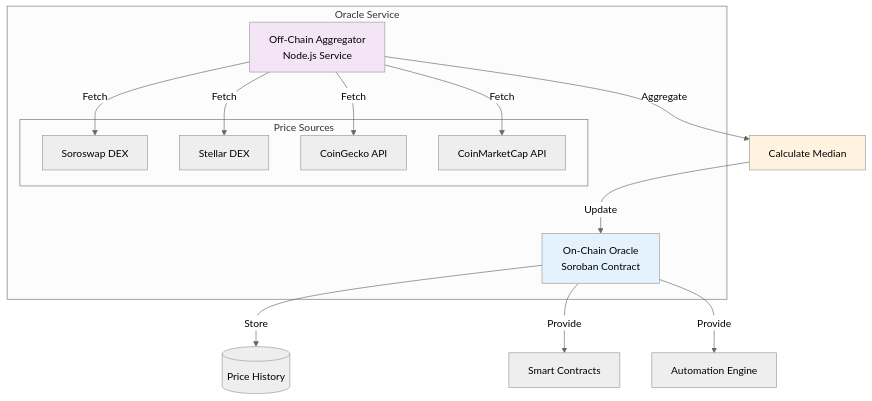
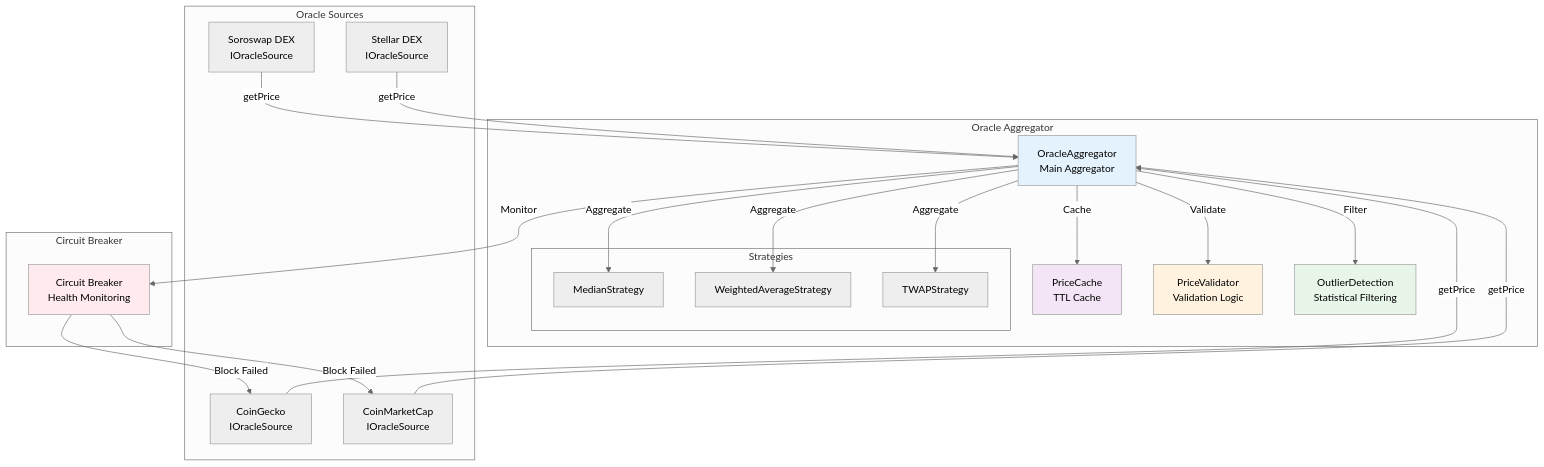
One commit to Galaxy-KJ/Galaxy-DevKit changed diagram 12 of 26 in docs/ARCHITECTURE.md. Above: the diagram before and after it, drawn with Mermaid (neutral theme). The commit also changed other lines of this file and 33 other files, not shown here.

First line of the commit message:
feat: enhance Oracle System documentation and roadmap

````diff
--- a/docs/ARCHITECTURE.md
+++ b/docs/ARCHITECTURE.md
@@ -655,30 +655,49 @@
 ```mermaid
 graph TB
-    subgraph "Oracle Service"
-        OC[On-Chain Oracle<br/>Soroban Contract]
-        OA[Off-Chain Aggregator<br/>Node.js Service]
-
-        subgraph "Price Sources"
-            Soroswap[Soroswap DEX]
-            SDEX[Stellar DEX]
-            CG[CoinGecko API]
-            CMC[CoinMarketCap API]
+    subgraph "Oracle Aggregator"
+        OA[OracleAggregator<br/>Main Aggregator]
+        Cache[PriceCache<br/>TTL Cache]
+        Validator[PriceValidator<br/>Validation Logic]
+        Outlier[OutlierDetection<br/>Statistical Filtering]
+        
+        subgraph "Strategies"
+            Median[MedianStrategy]
+            Weighted[WeightedAverageStrategy]
+            TWAP[TWAPStrategy]
         end
     end
 
-    OA -->|Fetch| Soroswap
-    OA -->|Fetch| SDEX
-    OA -->|Fetch| CG
-    OA -->|Fetch| CMC
+    subgraph "Oracle Sources"
+        CG[CoinGecko<br/>IOracleSource]
+        CMC[CoinMarketCap<br/>IOracleSource]
+        Soroswap[Soroswap DEX<br/>IOracleSource]
+        SDEX[Stellar DEX<br/>IOracleSource]
+    end
 
-    OA -->|Aggregate| Med[Calculate Median]
-    Med -->|Update| OC
+    subgraph "Circuit Breaker"
+        CB[Circuit Breaker<br/>Health Monitoring]
+    end
 
-    OC -->|Store| Prices[(Price History)]
-    OC -->|Provide| Contracts[Smart Contracts]
-    OC -->|Provide| Automation[Automation Engine]
+    CG -->|getPrice| OA
+    CMC -->|getPrice| OA
+    Soroswap -->|getPrice| OA
+    SDEX -->|getPrice| OA
 
-    style OC fill:#e3f2fd
-    style OA fill:#f3e5f5
-    style Med fill:#fff3e0
+    OA -->|Validate| Validator
+    OA -->|Filter| Outlier
+    OA -->|Cache| Cache
+    OA -->|Monitor| CB
+
+    OA -->|Aggregate| Median
+    OA -->|Aggregate| Weighted
+    OA -->|Aggregate| TWAP
+
+    CB -->|Block Failed| CG
+    CB -->|Block Failed| CMC
+
+    style OA fill:#e3f2fd
+    style Cache fill:#f3e5f5
+    style Validator fill:#fff3e0
+    style Outlier fill:#e8f5e9
+    style CB fill:#ffebee
 ```
````
